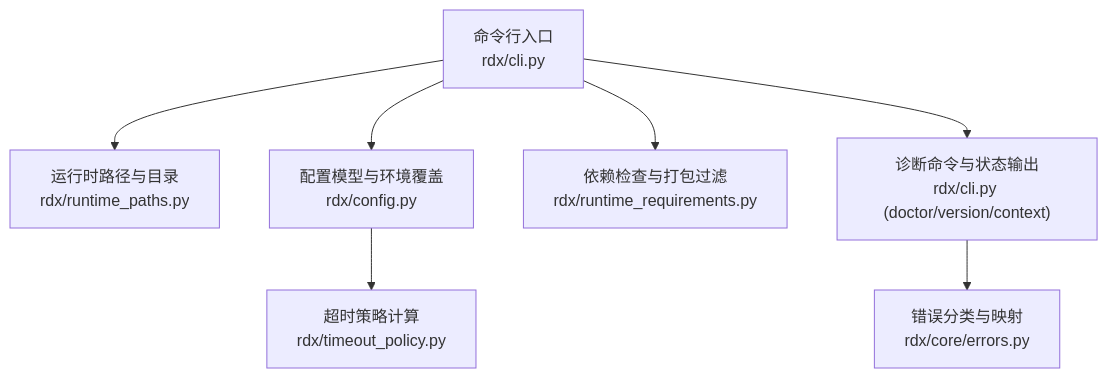
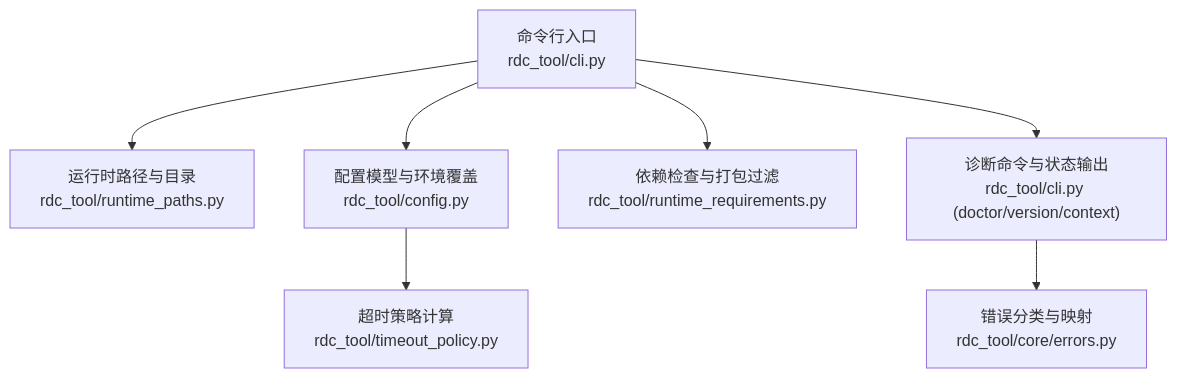
One commit to haolange/RDC-Tool changed the first of 6 diagrams in .qoder/repowiki/zh/content/高级主题/高级配置.md. Above: the diagram before and after it, drawn with Mermaid. The commit also changed other lines of this file and 388 other files, not shown here.

First line of the commit message:
Release RDC-Tool identity and public maintenance surface

````diff
--- a/.qoder/repowiki/zh/content/高级主题/高级配置.md
+++ b/.qoder/repowiki/zh/content/高级主题/高级配置.md
@@ -41,9 +41,9 @@
 ```mermaid
 graph TB
-A["命令行入口<br/>rdx/cli.py"] --> B["运行时路径与目录<br/>rdx/runtime_paths.py"]
-A --> C["配置模型与环境覆盖<br/>rdx/config.py"]
-A --> D["依赖检查与打包过滤<br/>rdx/runtime_requirements.py"]
-A --> E["诊断命令与状态输出<br/>rdx/cli.py (doctor/version/context)"]
-C --> F["超时策略计算<br/>rdx/timeout_policy.py"]
-E --> G["错误分类与映射<br/>rdx/core/errors.py"]
+A["命令行入口<br/>rdc_tool/cli.py"] --> B["运行时路径与目录<br/>rdc_tool/runtime_paths.py"]
+A --> C["配置模型与环境覆盖<br/>rdc_tool/config.py"]
+A --> D["依赖检查与打包过滤<br/>rdc_tool/runtime_requirements.py"]
+A --> E["诊断命令与状态输出<br/>rdc_tool/cli.py (doctor/version/context)"]
+C --> F["超时策略计算<br/>rdc_tool/timeout_policy.py"]
+E --> G["错误分类与映射<br/>rdc_tool/core/errors.py"]
 ```
````
